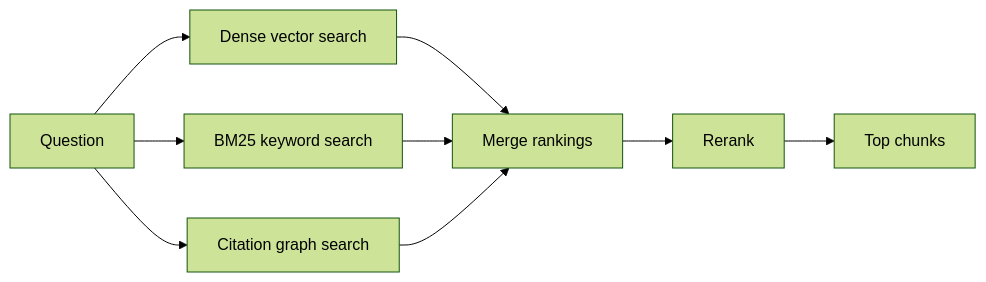
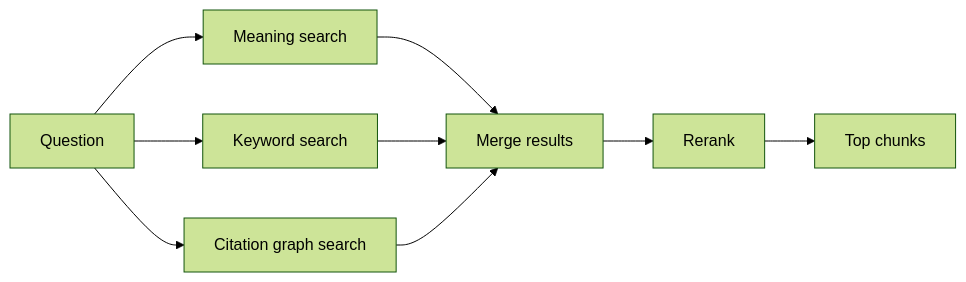
The fourth of 4 diagrams in README.md (sgaabdu4/cite-or-die), drawn with Mermaid (forest theme) before and after one commit. The commit also changed other lines of this file and 15 other files, not shown here.

````diff
--- a/README.md
+++ b/README.md
@@ -186,11 +360,11 @@
 ```mermaid
 flowchart LR
-  Q[Question] --> A[Dense vector search]
-  Q --> B[BM25 keyword search]
+  Q[Question] --> A[Meaning search]
+  Q --> B[Keyword search]
   Q --> C[Citation graph search]
-  A --> D[Merge rankings]
+  A --> D[Merge results]
   B --> D
   C --> D
   D --> E[Rerank]
   E --> F[Top chunks]
 ```
````
